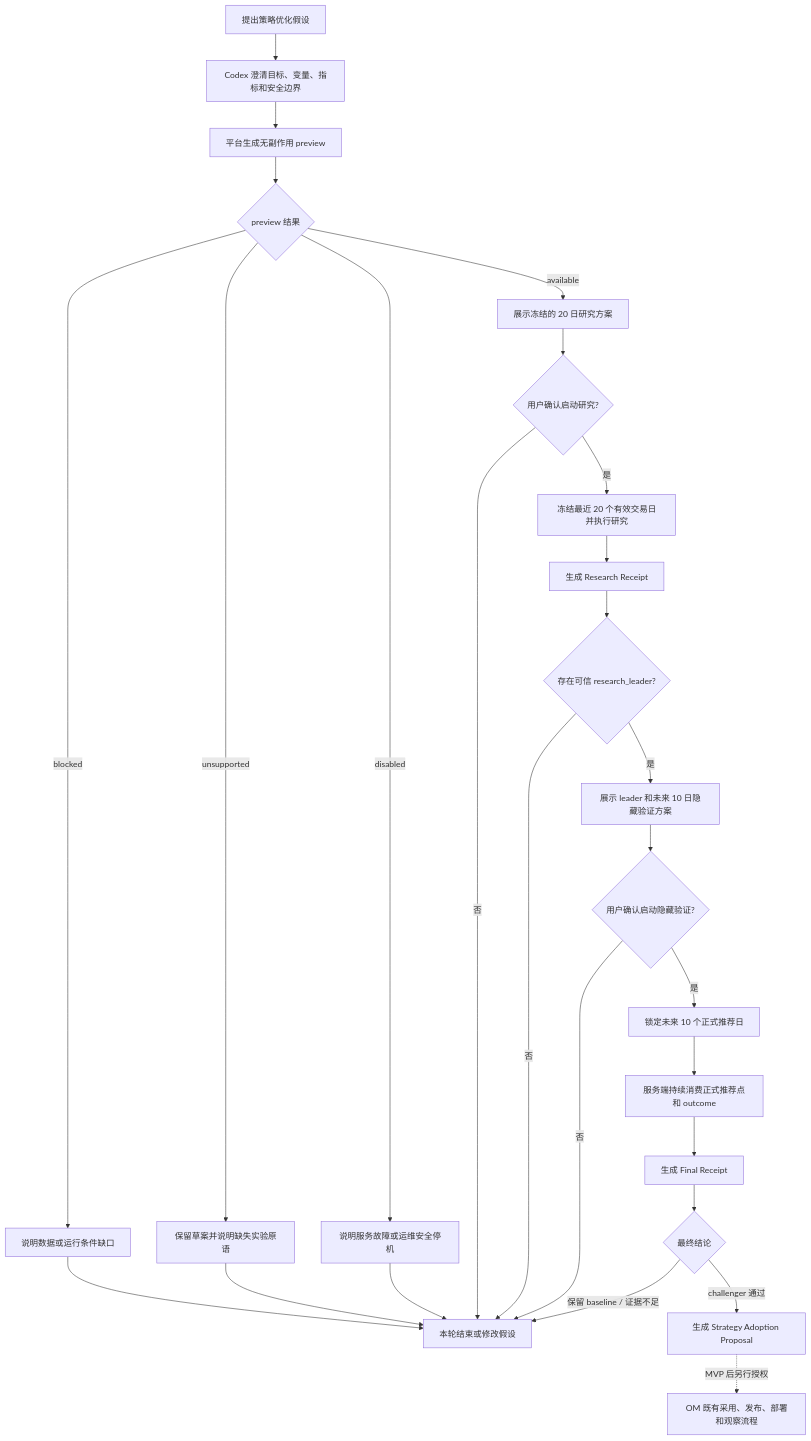
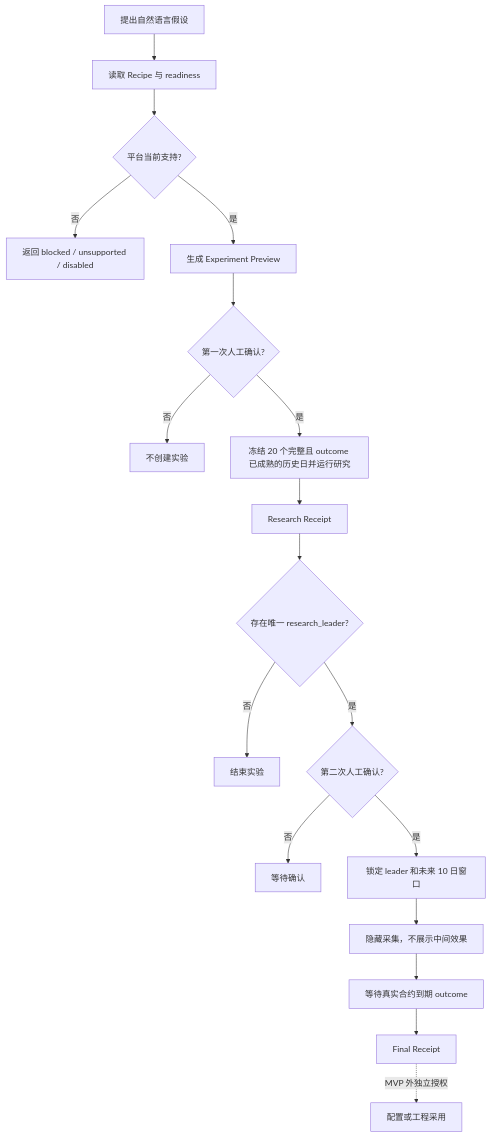
One commit to liuxie066/options-monitor changed the second of 3 diagrams in docs/STRATEGY_LAB_EXPERIMENT_PLATFORM_PRD.md. Above: the diagram before and after it, drawn with Mermaid. The commit also changed other lines of this file and 45 other files, not shown here.

````diff
--- a/docs/STRATEGY_LAB_EXPERIMENT_PLATFORM_PRD.md
+++ b/docs/STRATEGY_LAB_EXPERIMENT_PLATFORM_PRD.md
@@ -332,31 +201,20 @@
 ```mermaid
 flowchart TD
-    A["提出策略优化假设"] --> B["Codex 澄清目标、变量、指标和安全边界"]
-    B --> C["平台生成无副作用 preview"]
-    C --> D{"preview 结果"}
-
-    D -- "blocked" --> B1["说明数据或运行条件缺口"]
-    D -- "unsupported" --> B2["保留草案并说明缺失实验原语"]
-    D -- "disabled" --> B3["说明服务故障或运维安全停机"]
-    B1 --> END["本轮结束或修改假设"]
-    B2 --> END
-    B3 --> END
-
-    D -- "available" --> E["展示冻结的 20 日研究方案"]
-    E --> F{"用户确认启动研究?"}
-    F -- "否" --> END
-    F -- "是" --> G["冻结最近 20 个有效交易日并执行研究"]
-    G --> H["生成 Research Receipt"]
-    H --> I{"存在可信 research_leader?"}
-    I -- "否" --> END
-    I -- "是" --> J["展示 leader 和未来 10 日隐藏验证方案"]
-    J --> K{"用户确认启动隐藏验证?"}
-    K -- "否" --> END
-    K -- "是" --> L["锁定未来 10 个正式推荐日"]
-    L --> M["服务端持续消费正式推荐点和 outcome"]
-    M --> N["生成 Final Receipt"]
-    N --> O{"最终结论"}
-    O -- "保留 baseline / 证据不足" --> END
-    O -- "challenger 通过" --> P["生成 Strategy Adoption Proposal"]
-    P -. "MVP 后另行授权" .-> Q["OM 既有采用、发布、部署和观察流程"]
+    A["提出自然语言假设"] --> B["读取 Recipe 与 readiness"]
+    B --> C{"平台当前支持?"}
+    C -- "否" --> D["返回 blocked / unsupported / disabled"]
+    C -- "是" --> E["生成 Experiment Preview"]
+    E --> F{"第一次人工确认?"}
+    F -- "否" --> G["不创建实验"]
+    F -- "是" --> H["冻结 20 个完整且 outcome 已成熟的历史日并运行研究"]
+    H --> I["Research Receipt"]
+    I --> J{"存在唯一 research_leader?"}
+    J -- "否" --> K["结束实验"]
+    J -- "是" --> L{"第二次人工确认?"}
+    L -- "否" --> M["等待确认"]
+    L -- "是" --> N["锁定 leader 和未来 10 日窗口"]
+    N --> O["隐藏采集，不展示中间效果"]
+    O --> P["等待真实合约到期 outcome"]
+    P --> Q["Final Receipt"]
+    Q -. "MVP 外独立授权" .-> R["配置或工程采用"]
 ```
````
